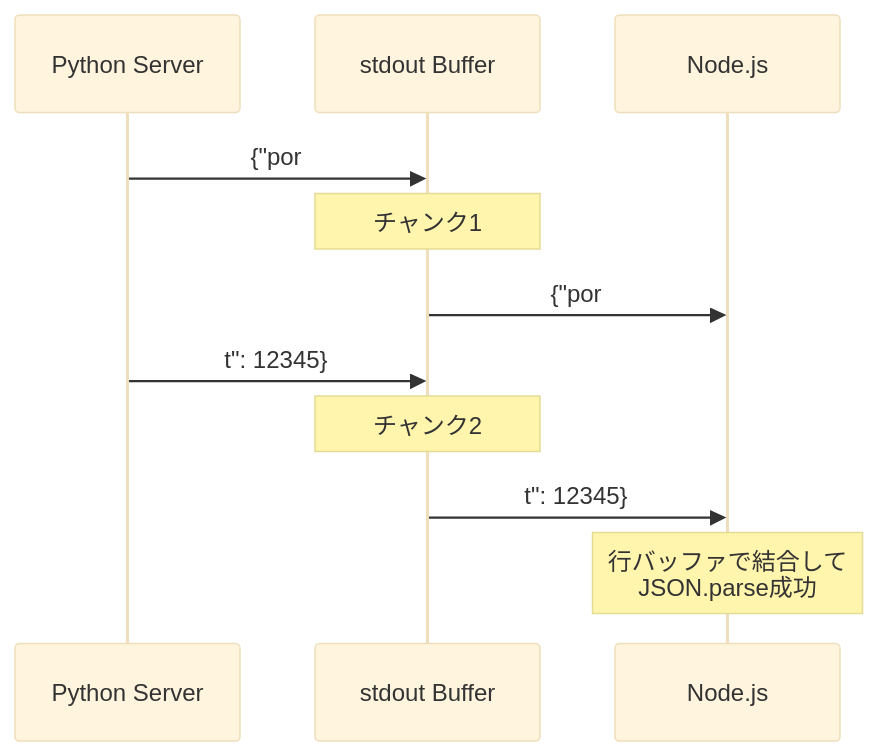
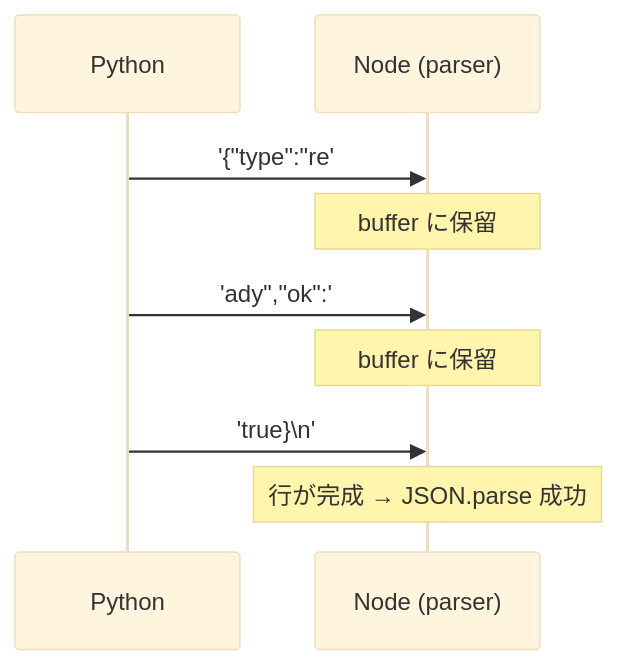
Before and after one commit to shuji-bonji/xcomet-mcp-server: the third of 8 diagrams in tests/README.md, drawn with Mermaid (base theme). The commit also changed other lines of this file and 18 other files, not shown here.

````diff
--- a/tests/README.md
+++ b/tests/README.md
@@ -50,14 +74,12 @@
 ```mermaid
 sequenceDiagram
-    participant P as Python Server
-    participant B as stdout Buffer
-    participant N as Node.js
+    participant P as Python
+    participant N as Node (parser)
 
-    P->>B: {"por
-    Note over B: チャンク1
-    B->>N: {"por
-    P->>B: t": 12345}
-    Note over B: チャンク2
-    B->>N: t": 12345}
-    Note over N: 行バッファで結合して<br/>JSON.parse成功
+    P->>N: '{"type":"re'
+    Note over N: buffer に保留
+    P->>N: 'ady","ok":'
+    Note over N: buffer に保留
+    P->>N: 'true}\n'
+    Note over N: 行が完成 → JSON.parse 成功
 ```
````
